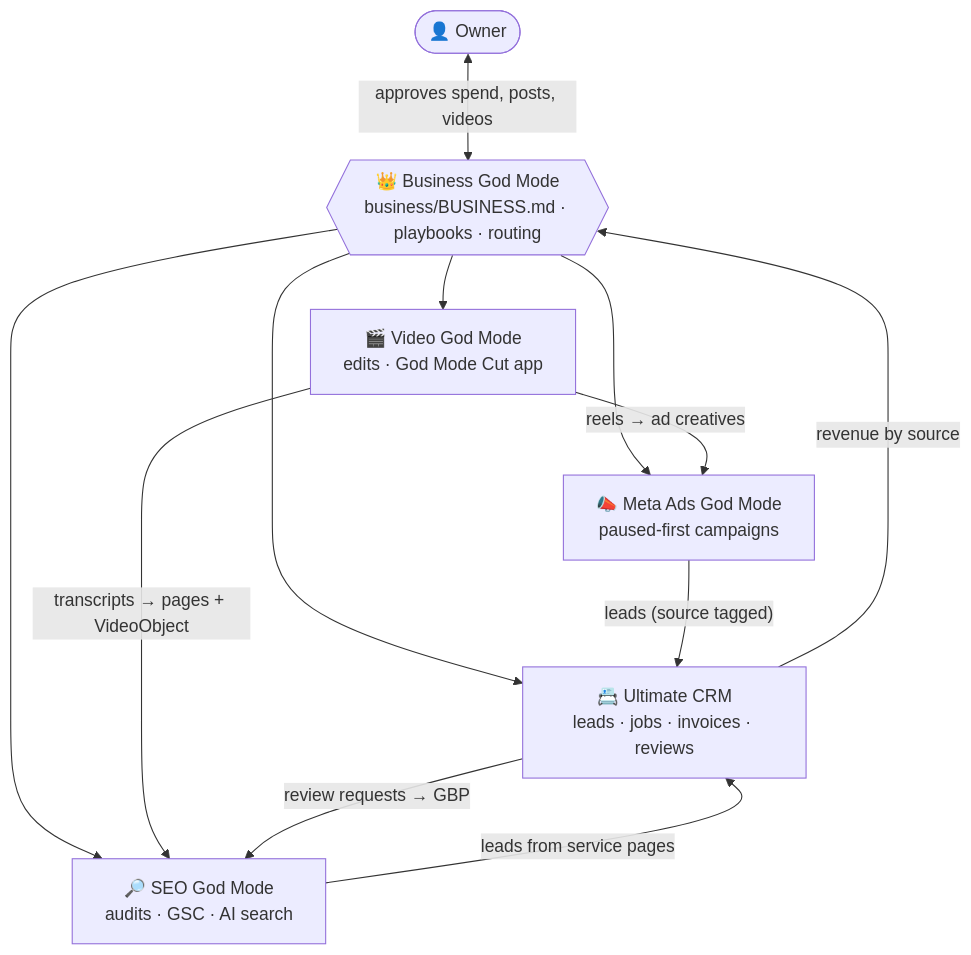
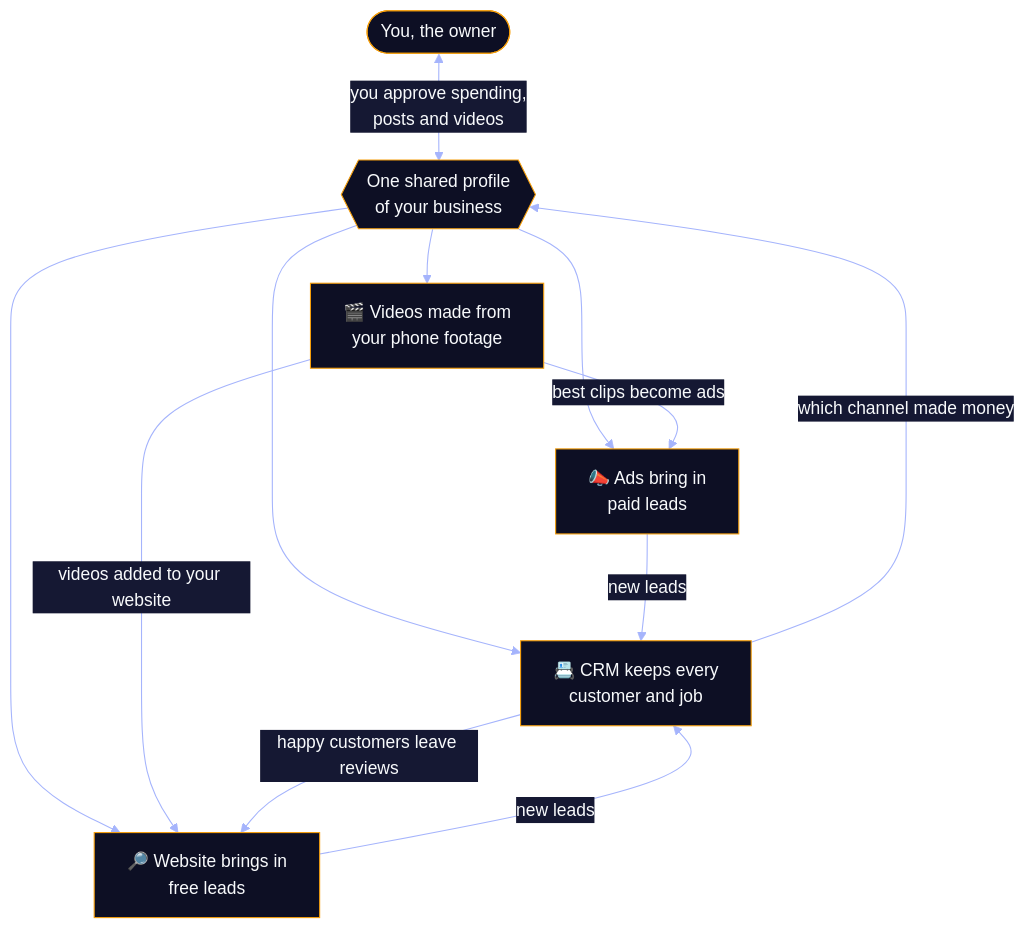
Before and after one commit to F0rger123/claude-business-god-mode: the first of 4 diagrams in README.md, drawn with Mermaid. The commit also changed other lines of this file and 5 other files, not shown here.

````diff
--- a/README.md
+++ b/README.md
@@ -115,15 +58,16 @@
 ```mermaid
+%%{init: {'theme':'base','themeVariables':{'primaryColor':'#0d0f24','primaryTextColor':'#f8fafc','primaryBorderColor':'#f59e0b','lineColor':'#a5b4fc','secondaryColor':'#151833','tertiaryColor':'#05070f','clusterBkg':'transparent','clusterBorder':'#f59e0b','noteBkgColor':'#151833','noteTextColor':'#f8fafc','actorBkg':'#0d0f24','actorTextColor':'#f8fafc','actorBorder':'#f59e0b','signalColor':'#a5b4fc','signalTextColor':'#a5b4fc','labelBoxBkgColor':'#0d0f24','fontFamily':'inherit'}}}%%
 flowchart TB
-    Owner(["👤 Owner"]) <-->|"approves spend, posts, videos"| Hub
-    Hub{{"👑 Business God Mode<br/>business/BUSINESS.md · playbooks · routing"}}
-    Hub --> CRM["📇 Ultimate CRM<br/>leads · jobs · invoices · reviews"]
-    Hub --> Ads["📣 Meta Ads God Mode<br/>paused-first campaigns"]
-    Hub --> SEO["🔎 SEO God Mode<br/>audits · GSC · AI search"]
-    Hub --> Video["🎬 Video God Mode<br/>edits · God Mode Cut app"]
-    Ads -- "leads (source tagged)" --> CRM
-    SEO -- "leads from service pages" --> CRM
-    Video -- "reels → ad creatives" --> Ads
-    Video -- "transcripts → pages + VideoObject" --> SEO
-    CRM -- "review requests → GBP" --> SEO
-    CRM -- "revenue by source" --> Hub
+    Owner(["You, the owner"]) <-->|"you approve spending,<br/>posts and videos"| Hub
+    Hub{{"One shared profile<br/>of your business"}}
+    Hub --> CRM["📇 CRM keeps every<br/>customer and job"]
+    Hub --> Ads["📣 Ads bring in<br/>paid leads"]
+    Hub --> SEO["🔎 Website brings in<br/>free leads"]
+    Hub --> Video["🎬 Videos made from<br/>your phone footage"]
+    Ads -- "new leads" --> CRM
+    SEO -- "new leads" --> CRM
+    Video -- "best clips become ads" --> Ads
+    Video -- "videos added to your website" --> SEO
+    CRM -- "happy customers leave reviews" --> SEO
+    CRM -- "which channel made money" --> Hub
 ```
````
